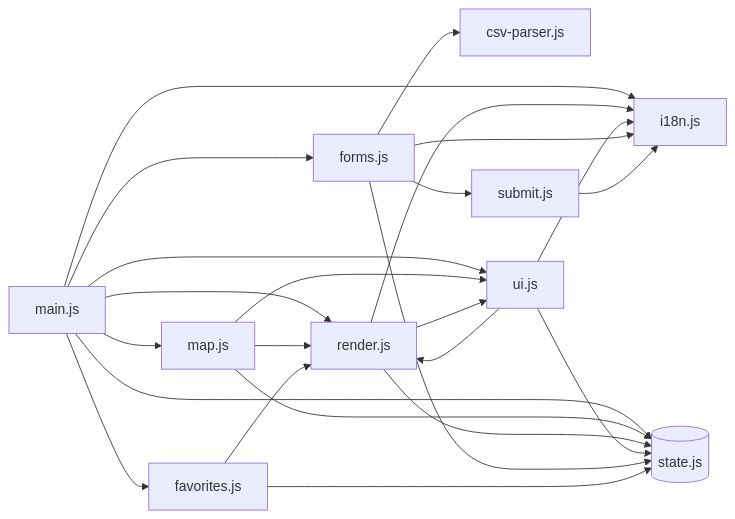
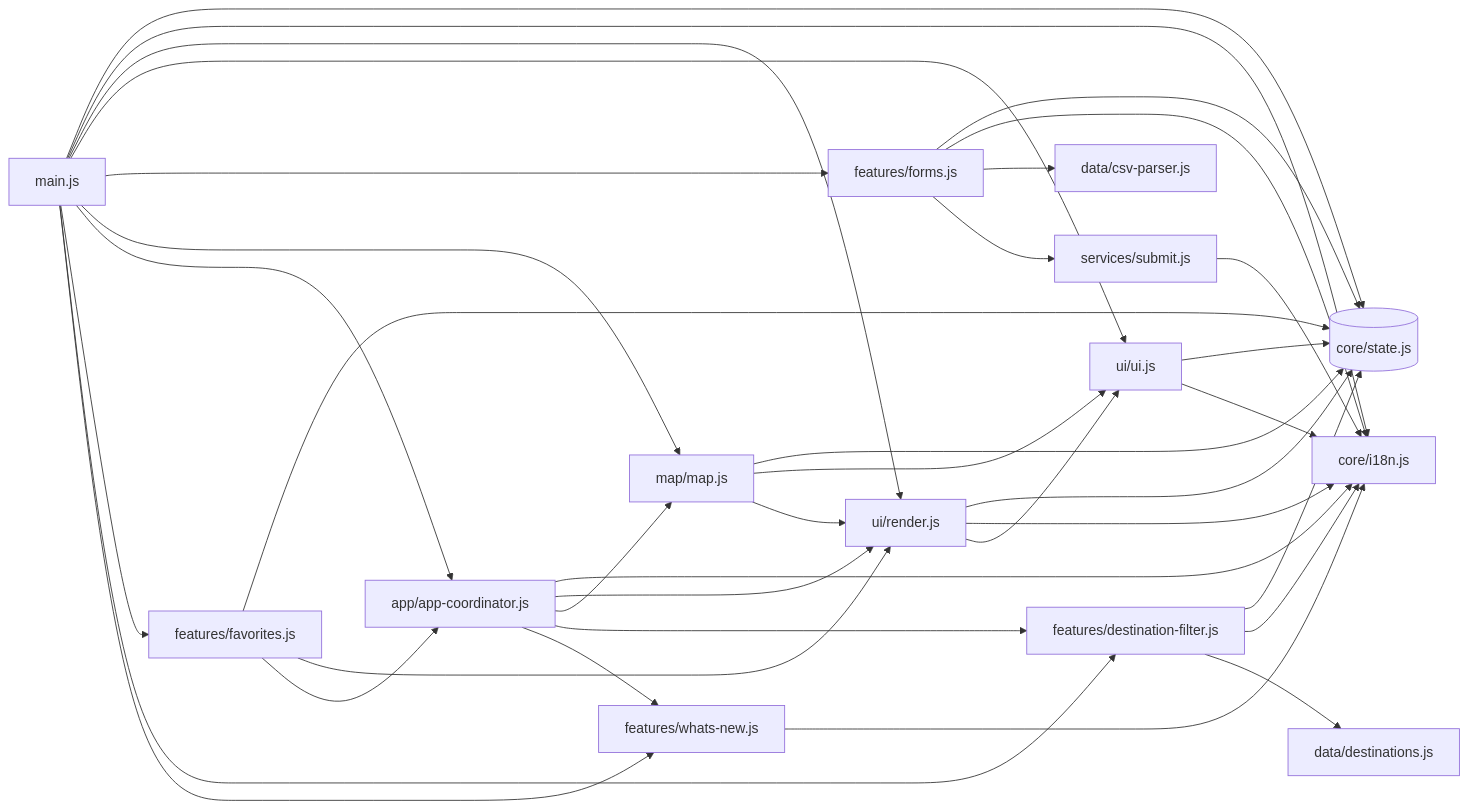
One commit to ginaz5/lingorm-map changed the second of 2 diagrams in README.md. Above: the diagram before and after it, drawn with Mermaid. The commit also changed other lines of this file and 103 other files, not shown here.

First line of the commit message:
feat: improve map discovery and strengthen location data workflows (#2)

````diff
--- a/README.md
+++ b/README.md
@@ -89,21 +94,28 @@
 ```mermaid
 graph LR
     MAIN["main.js"]
-    STATE[("state.js")]
-    I18N["i18n.js"]
-    CSV["csv-parser.js"]
-    RENDER["render.js"]
-    MAP["map.js"]
-    UI["ui.js"]
-    FORMS["forms.js"]
-    SUBMIT["submit.js"]
-    FAV["favorites.js"]
+    STATE[("core/state.js")]
+    I18N["core/i18n.js"]
+    CSV["data/csv-parser.js"]
+    RENDER["ui/render.js"]
+    MAP["map/map.js"]
+    COORD["app/app-coordinator.js"]
+    UI["ui/ui.js"]
+    DEST["features/destination-filter.js"]
+    TAX["data/destinations.js"]
+    FORMS["features/forms.js"]
+    SUBMIT["services/submit.js"]
+    FAV["features/favorites.js"]
+    WHATS["features/whats-new.js"]
 
-    MAIN --> STATE & I18N & RENDER & UI & FORMS & MAP & FAV
+    MAIN --> STATE & I18N & RENDER & UI & FORMS & MAP & COORD & FAV & DEST & WHATS
+    COORD --> I18N & RENDER & MAP & DEST & WHATS
     MAP --> STATE & UI & RENDER
     RENDER --> STATE & I18N & UI
-    UI --> STATE & I18N & RENDER
+    UI --> STATE & I18N
+    DEST --> STATE & I18N & TAX
     FORMS --> STATE & I18N & CSV & SUBMIT
     SUBMIT --> I18N
-    FAV --> STATE & RENDER
+    FAV --> STATE & RENDER & COORD
+    WHATS --> I18N
 ```
````
